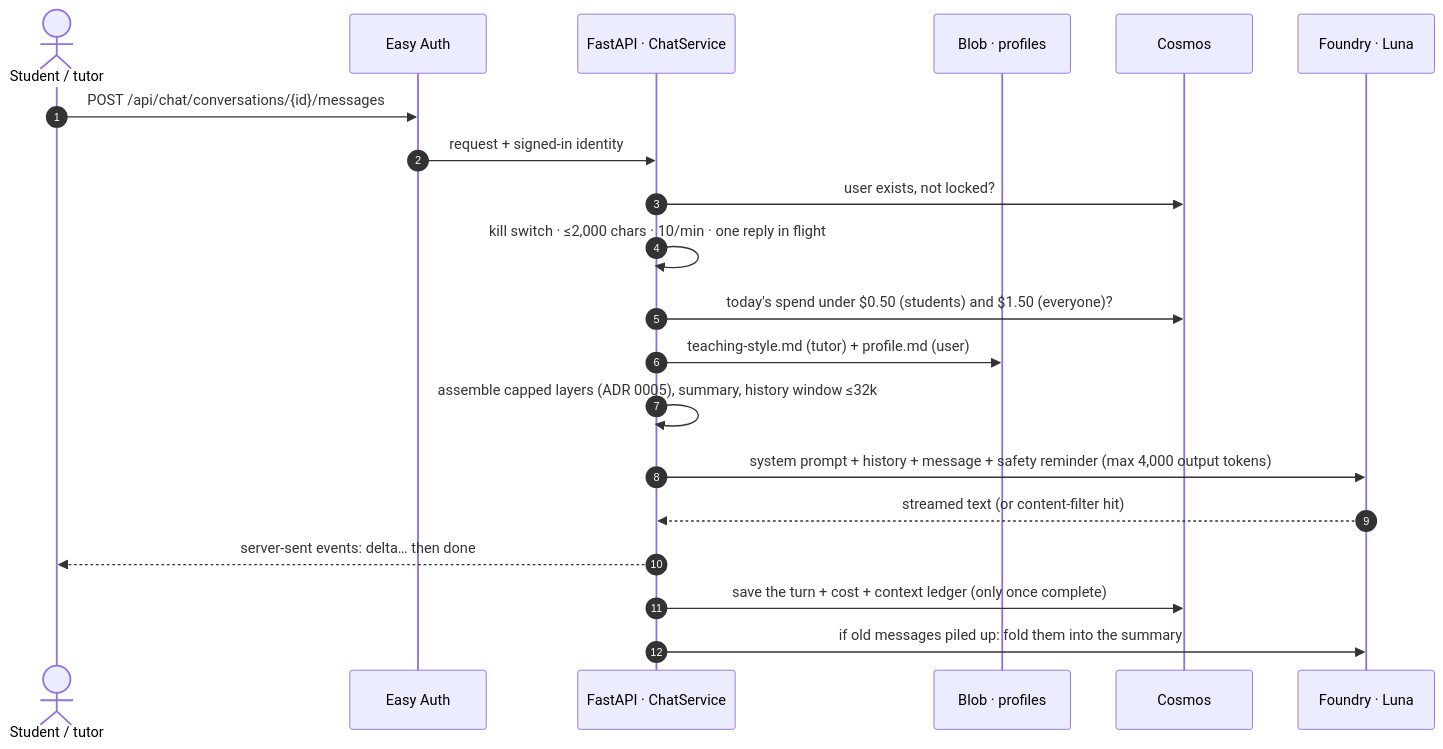
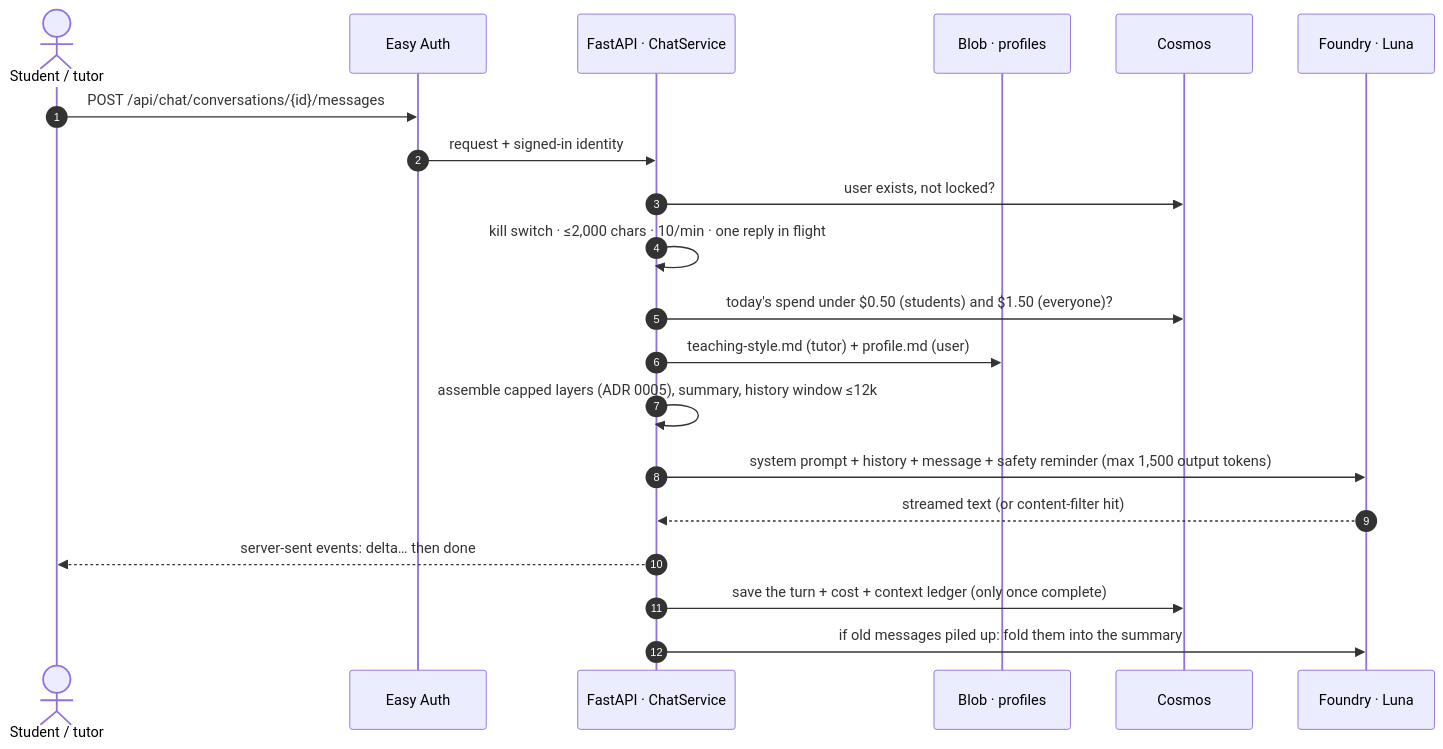
Before and after one commit to Samrudh-Anavatti/prof-ai: the second of 2 diagrams in README.md, drawn with Mermaid. The commit also changed other lines of this file and 29 other files, not shown here.

````diff
--- a/README.md
+++ b/README.md
@@ -238,23 +234,23 @@
 ```mermaid
 sequenceDiagram
     autonumber
     actor U as Student / tutor
     participant EA as Easy Auth
     participant API as FastAPI · ChatService
     participant B as Blob · profiles
     participant C as Cosmos
     participant L as Foundry · Luna
 
     U->>EA: POST /api/chat/conversations/{id}/messages
     EA->>API: request + signed-in identity
     API->>C: user exists, not locked?
     API->>API: kill switch · ≤2,000 chars · 10/min · one reply in flight
     API->>C: today's spend under $0.50 (students) and $1.50 (everyone)?
     API->>B: teaching-style.md (tutor) + profile.md (user)
-    API->>API: assemble capped layers (ADR 0005), summary, history window ≤32k
-    API->>L: system prompt + history + message + safety reminder (max 4,000 output tokens)
+    API->>API: assemble capped layers (ADR 0005), summary, history window ≤12k
+    API->>L: system prompt + history + message + safety reminder (max 1,500 output tokens)
     L-->>API: streamed text (or content-filter hit)
     API-->>U: server-sent events: delta… then done
     API->>C: save the turn + cost + context ledger (only once complete)
     API->>L: if old messages piled up: fold them into the summary
 ```
````
